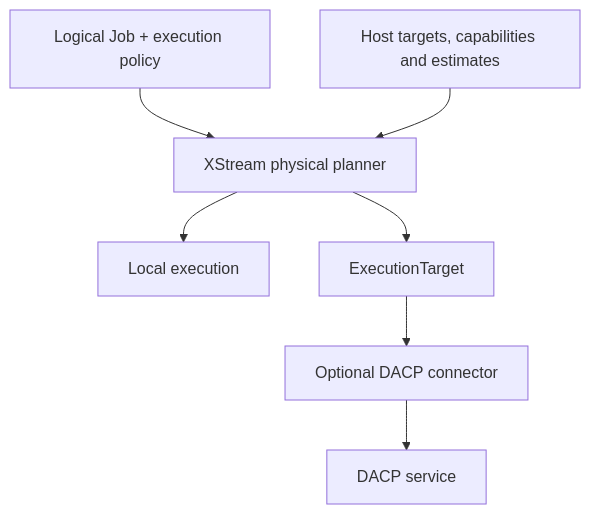
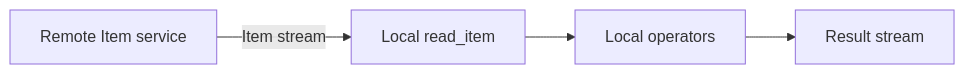
One commit to rdcn-link/xstream-codex changed the diagram in docs/execution-targets.md. Above: the diagram before and after it, drawn with Mermaid. The commit also changed other lines of this file and 98 other files, not shown here.

Commit message:
Keep execution local and improve Designer targets and examples

````diff
--- a/docs/execution-targets.md
+++ b/docs/execution-targets.md
@@ -11,9 +5,5 @@
 ```mermaid
-flowchart TD
-    J[Logical Job + execution policy] --> P[XStream physical planner]
-    H[Host targets, capabilities and estimates] --> P
-    P --> L[Local execution]
-    P --> T[ExecutionTarget]
-    T --> D[Optional DACP connector]
-    D --> S[DACP service]
+flowchart LR
+  R[Remote Item service] -->|Item stream| Read[Local read_item]
+  Read --> Process[Local operators] --> Result[Result stream]
 ```
````
